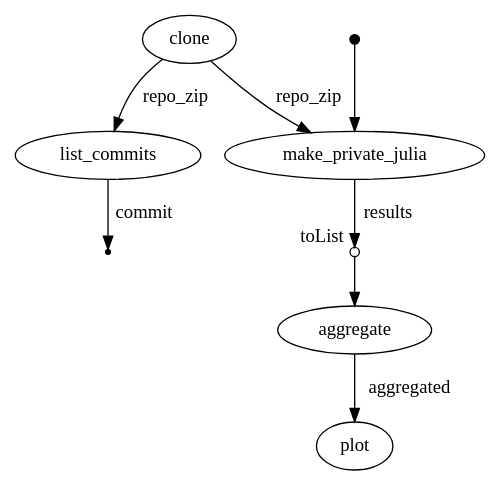
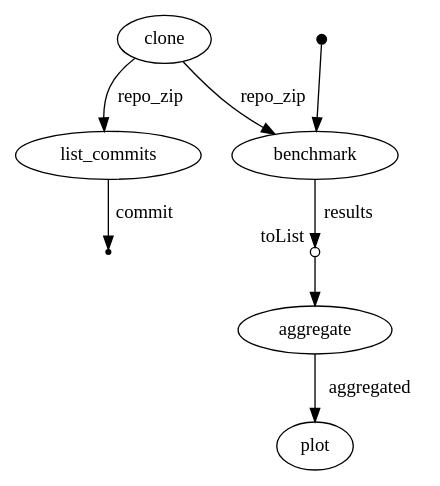
One commit to Julia-Tempering/nextflow-pigeons changed the diagram in dag.dot. Above: the diagram before and after it, drawn with Graphviz. The commit also changed 12 other files, not shown here.

```diff
--- a/dag.dot
+++ b/dag.dot
@@ -1,30 +1,30 @@
 digraph "dag" {
 p0 [label="clone"];
 p1 [label="list_commits"];
 p0 -> p1 [label="repo_zip"];
 
 p1 [label="list_commits"];
 p2 [shape=point];
 p1 -> p2 [label="commit"];
 
 p0 [label="clone"];
-p4 [label="make_private_julia"];
+p4 [label="benchmark"];
 p0 -> p4 [label="repo_zip"];
 
 p3 [shape=point,label="",fixedsize=true,width=0.1];
-p4 [label="make_private_julia"];
+p4 [label="benchmark"];
 p3 -> p4;
 
-p4 [label="make_private_julia"];
+p4 [label="benchmark"];
 p5 [shape=circle,label="",fixedsize=true,width=0.1,xlabel="toList"];
 p4 -> p5 [label="results"];
 
 p5 [shape=circle,label="",fixedsize=true,width=0.1,xlabel="toList"];
 p6 [label="aggregate"];
 p5 -> p6;
 
 p6 [label="aggregate"];
 p7 [label="plot"];
 p6 -> p7 [label="aggregated"];
 
 }
```
